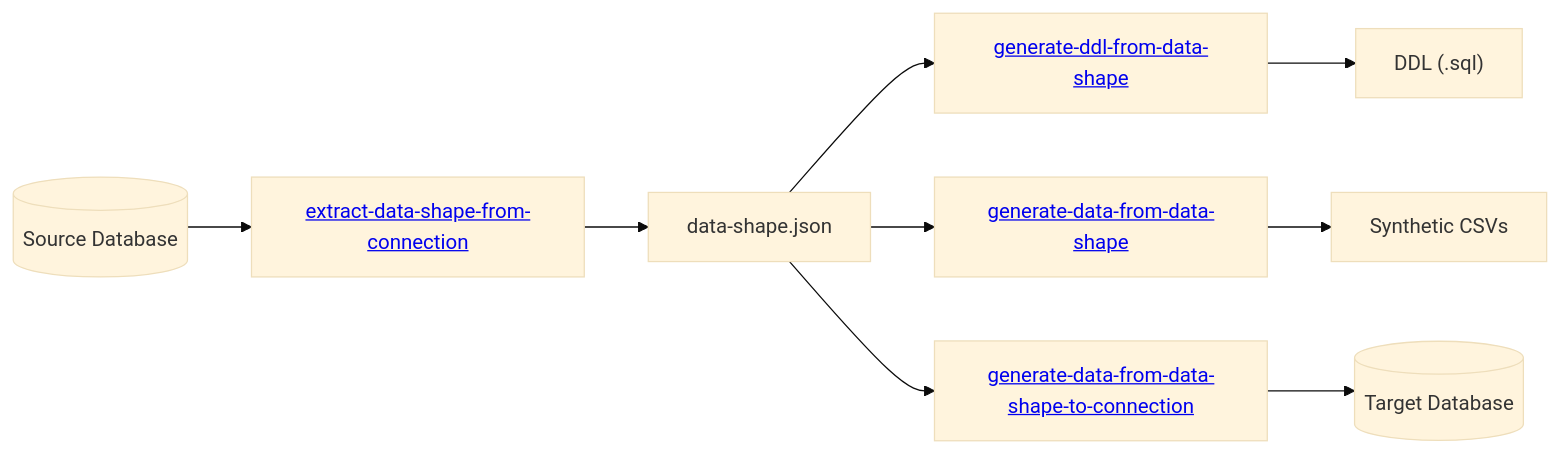
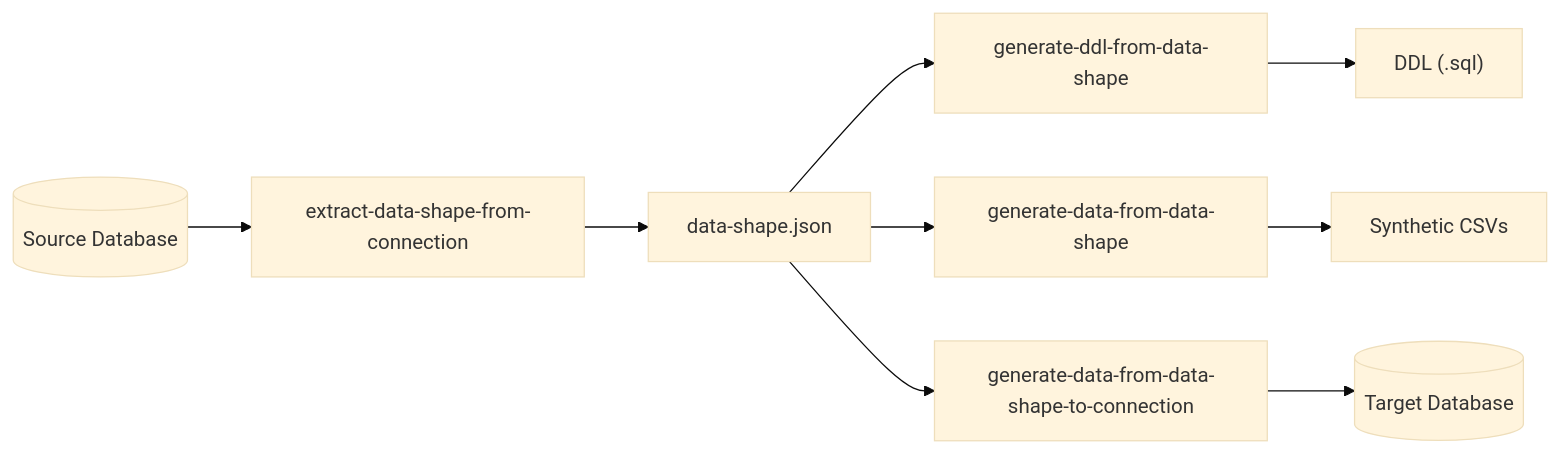
The third of 8 diagrams in README.md (AtScaleInc/ps-utils), drawn with Mermaid (base theme) before and after one commit. The commit also changed other lines of this file and 1 other file, not shown here.

Commit message:
fix: remove HTML links from mermaid diagrams in README and ACTIONS documentation

````diff
--- a/README.md
+++ b/README.md
@@ -45,7 +45,7 @@
 ```mermaid
 flowchart LR
-    DB[("Source Database")] --> A["<a href='#extract-data-shape-from-connection'>extract-data-shape-from-connection</a>"] --> SHAPE["data-shape.json"]
-    SHAPE --> B["<a href='#generate-ddl-from-data-shape'>generate-ddl-from-data-shape</a>"] --> DDL["DDL (.sql)"]
-    SHAPE --> C["<a href='#generate-data-from-data-shape'>generate-data-from-data-shape</a>"] --> CSV["Synthetic CSVs"]
-    SHAPE --> D["<a href='#generate-data-from-data-shape-to-connection'>generate-data-from-data-shape-to-connection</a>"] --> TARGET[("Target Database")]
+    DB[("Source Database")] --> A["extract-data-shape-from-connection"] --> SHAPE["data-shape.json"]
+    SHAPE --> B["generate-ddl-from-data-shape"] --> DDL["DDL (.sql)"]
+    SHAPE --> C["generate-data-from-data-shape"] --> CSV["Synthetic CSVs"]
+    SHAPE --> D["generate-data-from-data-shape-to-connection"] --> TARGET[("Target Database")]
 ```
````
